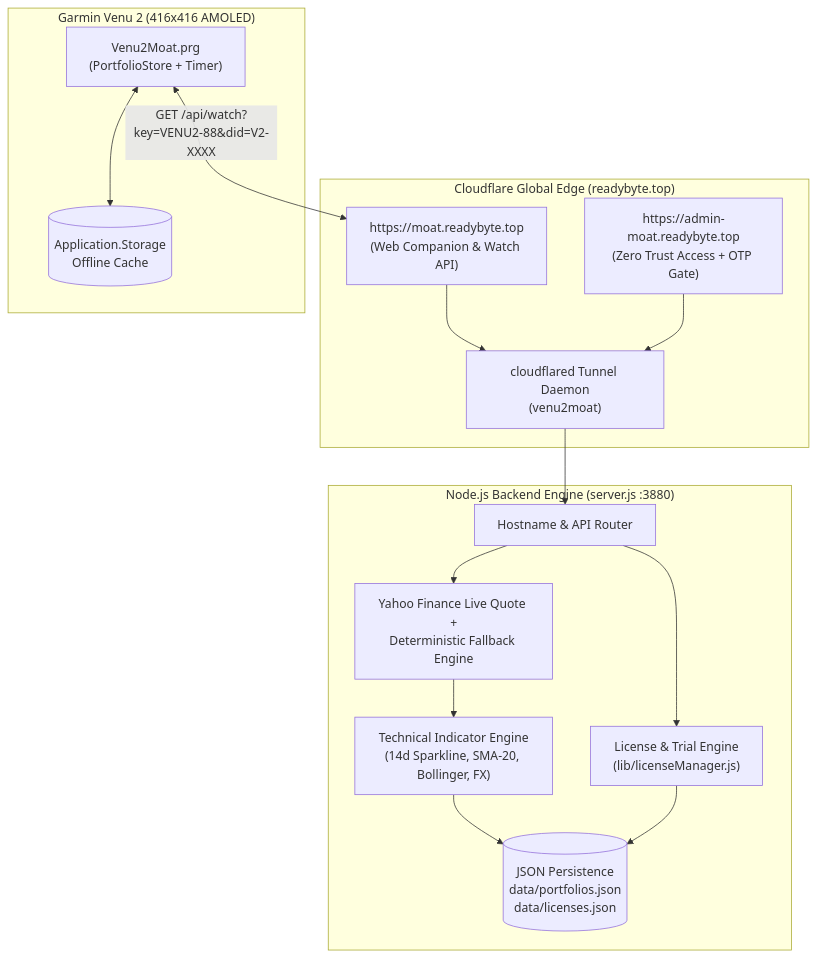
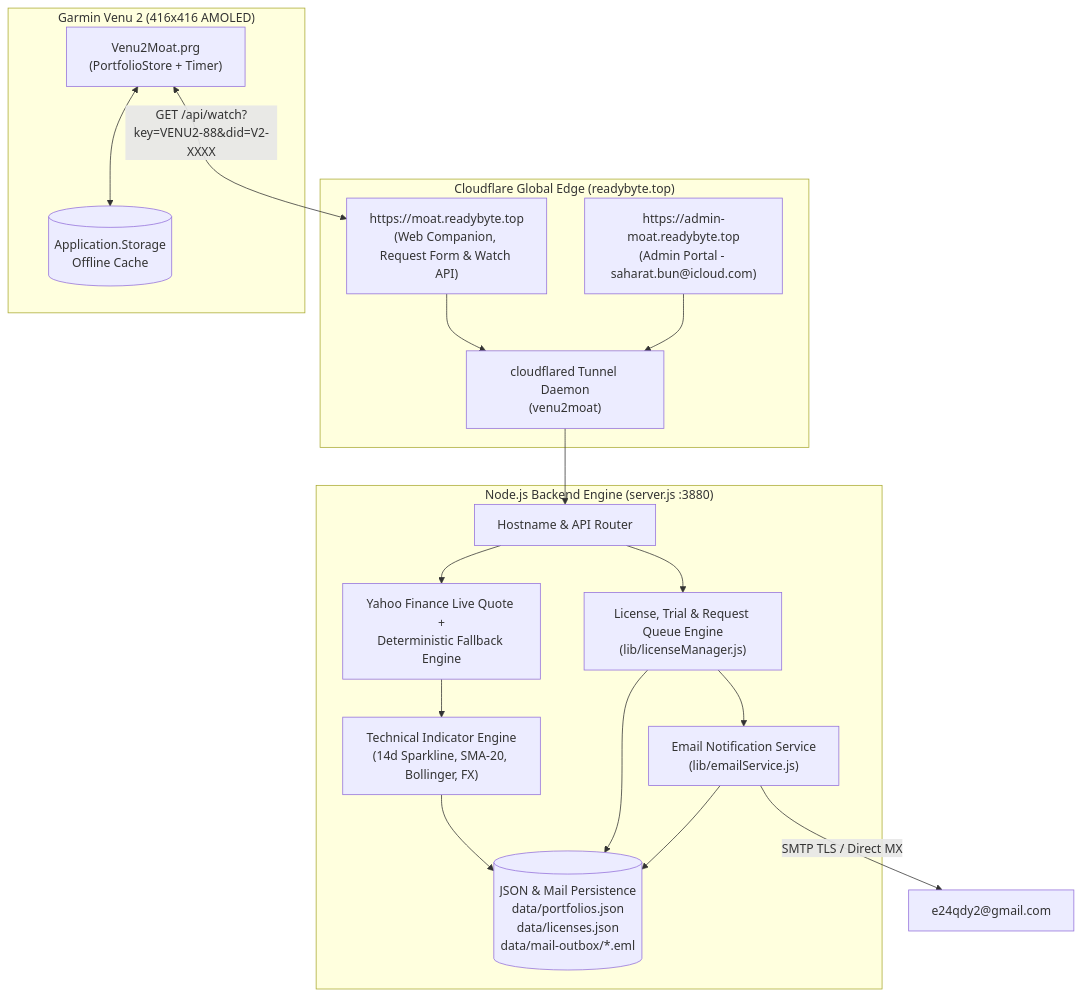
The first of 7 diagrams in docs/03-APP-FLOW-AND-LOGIC-FLOW.md (e24qdy2/garmin-venu2-moat), drawn with Mermaid before and after one commit. The commit also changed other lines of this file and 19 other files, not shown here.

````diff
--- a/docs/03-APP-FLOW-AND-LOGIC-FLOW.md
+++ b/docs/03-APP-FLOW-AND-LOGIC-FLOW.md
@@ -9,32 +9,36 @@
 ```mermaid
 flowchart TD
     subgraph CloudflareEdge["Cloudflare Global Edge (readybyte.top)"]
-        CF_Web["https://moat.readybyte.top<br/>(Web Companion & Watch API)"]
-        CF_Admin["https://admin-moat.readybyte.top<br/>(Zero Trust Access + OTP Gate)"]
+        CF_Web["https://moat.readybyte.top<br/>(Web Companion, Request Form & Watch API)"]
+        CF_Admin["https://admin-moat.readybyte.top<br/>(Admin Portal - saharat.bun@icloud.com)"]
         CF_Tunnel["cloudflared Tunnel Daemon<br/>(venu2moat)"]
     end
 
     subgraph BackendServer["Node.js Backend Engine (server.js :3880)"]
         Router["Hostname & API Router"]
         MarketEngine["Yahoo Finance Live Quote +<br/>Deterministic Fallback Engine"]
         TechEngine["Technical Indicator Engine<br/>(14d Sparkline, SMA-20, Bollinger, FX)"]
-        LicEngine["License & Trial Engine<br/>(lib/licenseManager.js)"]
-        Store[("JSON Persistence<br/>data/portfolios.json<br/>data/licenses.json")]
+        LicEngine["License, Trial & Request Queue Engine<br/>(lib/licenseManager.js)"]
+        MailEngine["Email Notification Service<br/>(lib/emailService.js)"]
+        Store[("JSON & Mail Persistence<br/>data/portfolios.json<br/>data/licenses.json<br/>data/mail-outbox/*.eml")]
     end
 
     subgraph WatchDevice["Garmin Venu 2 (416x416 AMOLED)"]
         WatchApp["Venu2Moat.prg<br/>(PortfolioStore + Timer)"]
         WatchStorage[("Application.Storage<br/>Offline Cache")]
     end
 
     CF_Web --> CF_Tunnel
     CF_Admin --> CF_Tunnel
     CF_Tunnel --> Router
     Router --> MarketEngine
     MarketEngine --> TechEngine
     Router --> LicEngine
+    LicEngine --> MailEngine
+    MailEngine -->|"SMTP TLS / Direct MX"| GmailInbox["e24qdy2@gmail.com"]
     TechEngine --> Store
     LicEngine --> Store
+    MailEngine --> Store
     WatchApp <-->|"GET /api/watch?key=VENU2-88&did=V2-XXXX"| CF_Web
     WatchApp <--> WatchStorage
 ```
````
